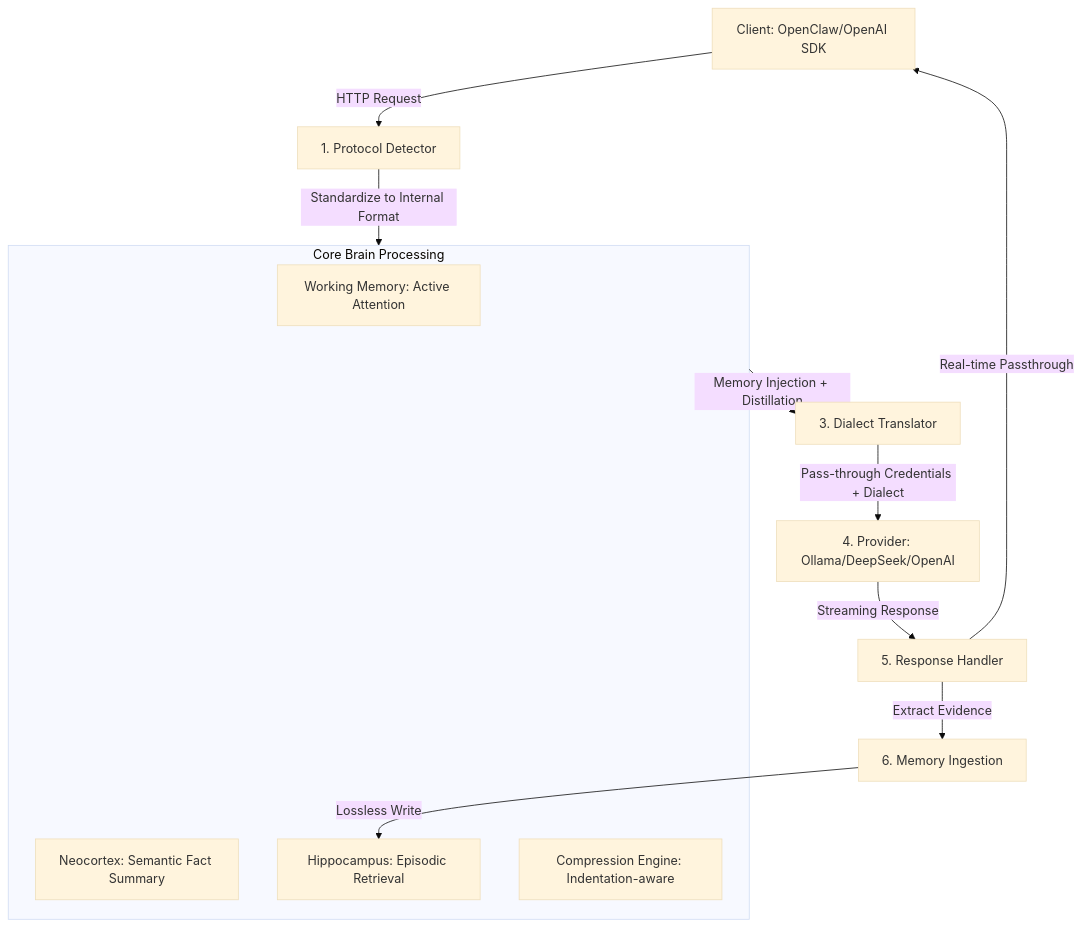
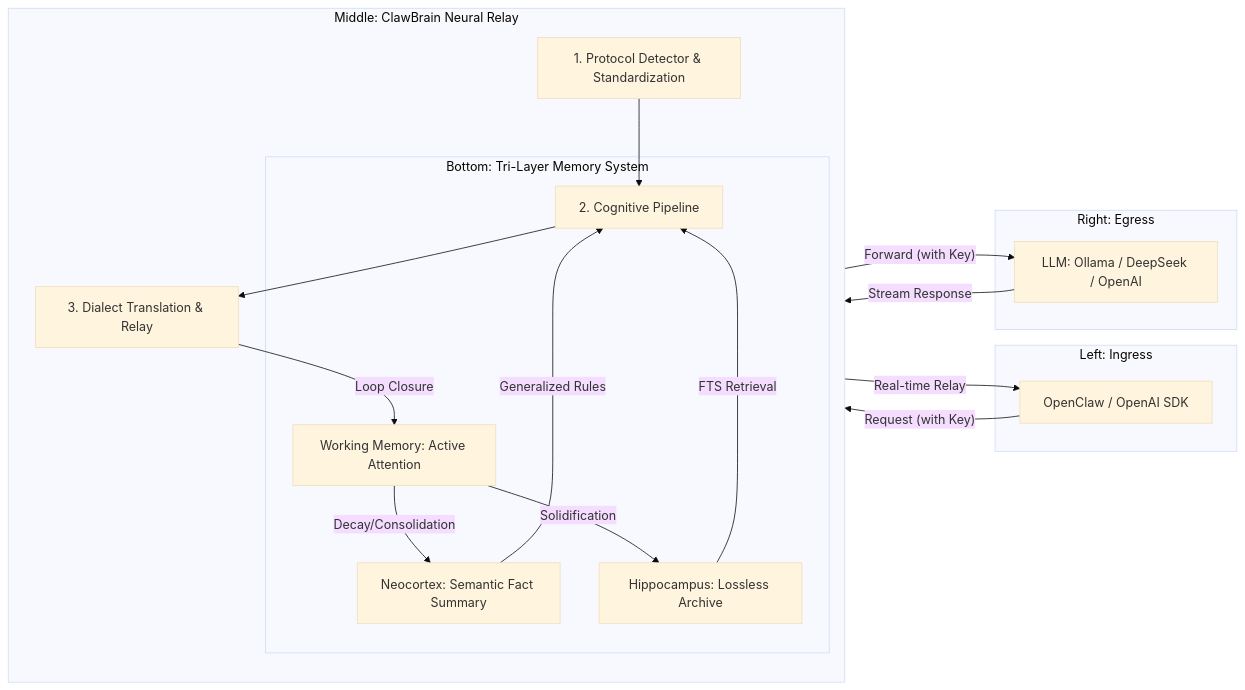
One commit to winnerineast/ClawBrain changed the diagram in README_EN.md. Above: the diagram before and after it, drawn with Mermaid (base theme). The commit also changed other lines of this file and 1 other file, not shown here.

Commit message:
docs: finalize professional documentation with zero-knowledge privacy pledge and neural architecture diagram

````diff
--- a/README_EN.md
+++ b/README_EN.md
@@ -17,20 +25,39 @@
 ```mermaid
-graph TD
-    Client[Client: OpenClaw/OpenAI SDK] -- HTTP Request --> Detector[1. Protocol Detector]
-    Detector -- Standardize to Internal Format --> Cognitive[2. Cognitive Layer]
-    
-    subgraph Cognitive[Core Brain Processing]
-        WM[Working Memory: Active Attention]
-        NC[Neocortex: Semantic Fact Summary]
-        HP[Hippocampus: Episodic Retrieval]
-        Comp[Compression Engine: Indentation-aware]
+graph LR
+    subgraph Client_Side [Left: Ingress]
+        OC[OpenClaw / OpenAI SDK]
     end
-    
-    Cognitive -- Memory Injection + Distillation --> Translator[3. Dialect Translator]
-    Translator -- Pass-through Credentials + Dialect --> Upstream[4. Provider: Ollama/DeepSeek/OpenAI]
-    
-    Upstream -- Streaming Response --> ResHandler[5. Response Handler]
-    ResHandler -- Extract Evidence --> Ingestor[6. Memory Ingestion]
-    Ingestor -- Lossless Write --> HP
-    ResHandler -- Real-time Passthrough --> Client
+
+    subgraph Relay_Core [Middle: ClawBrain Neural Relay]
+        direction TB
+        Ingress[1. Protocol Detector & Standardization]
+        Process[2. Cognitive Pipeline]
+        Egress[3. Dialect Translation & Relay]
+        
+        subgraph Neural_Engine [Bottom: Tri-Layer Memory System]
+            WM[Working Memory: Active Attention]
+            NC[Neocortex: Semantic Fact Summary]
+            HP[Hippocampus: Lossless Archive]
+            
+            %% Memory Internal Flow
+            WM -- Decay/Consolidation --> NC
+            WM -- Solidification --> HP
+            NC -- Generalized Rules --> Process
+            HP -- FTS Retrieval --> Process
+        end
+        
+        Ingress --> Process
+        Process --> Egress
+    end
+
+    subgraph Provider_Side [Right: Egress]
+        LLM[LLM: Ollama / DeepSeek / OpenAI]
+    end
+
+    %% Main Flow
+    OC -- "Request (with Key)" --> Ingress
+    Egress -- "Forward (with Key)" --> LLM
+    LLM -- "Stream Response" --> Egress
+    Egress -- "Loop Closure" --> WM
+    Egress -- "Real-time Relay" --> OC
 ```
````
